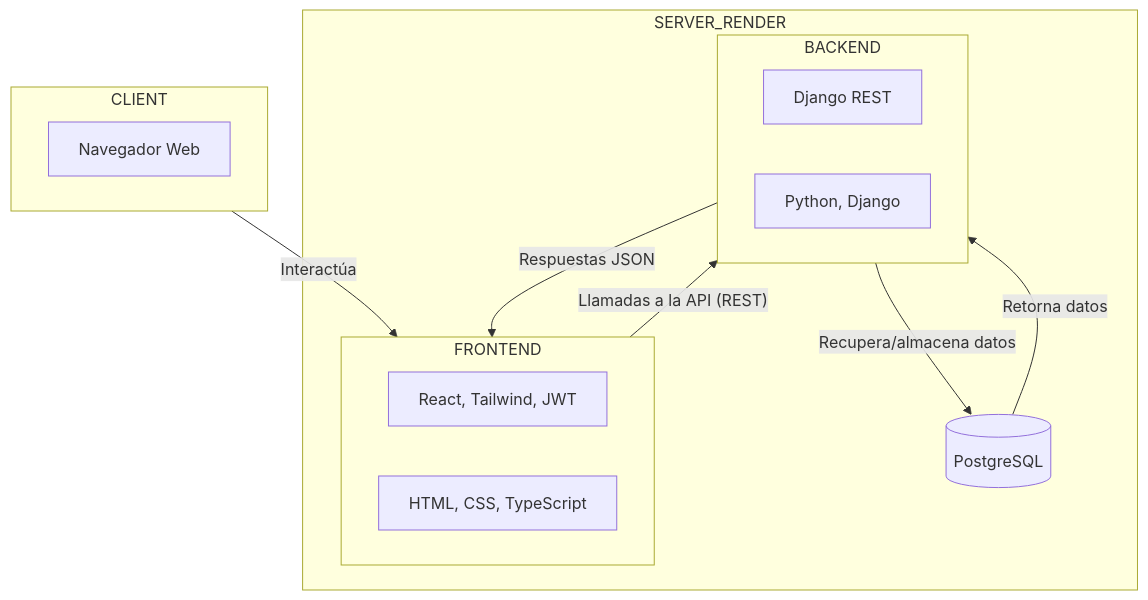
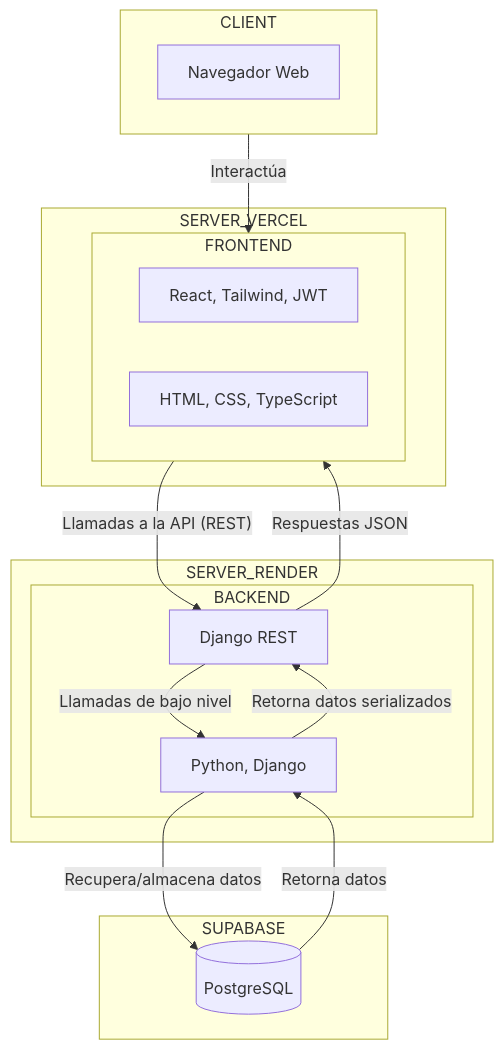
The diagram in docs/diagrams/layer.mmd (jeangiraldoo/colegiocanino), drawn with Mermaid before and after one commit.

Commit message:
docs(diagrams/layer): update frontend and database servers to Vercel and Supabase

```diff
--- a/docs/diagrams/layer.mmd
+++ b/docs/diagrams/layer.mmd
@@ -1,24 +1,30 @@
 flowchart TD
     subgraph CLIENT
         BROWSER[Navegador Web]
     end
 
     subgraph SERVER_RENDER
+		subgraph BACKEND
+			BE_FRAMEWORKS[Django REST]
+			BE_BASE[Python, Django]
+
+		end
+	end
+	subgraph SERVER_VERCEL
 		subgraph FRONTEND
 			FE_FRAMEWORKS[React, Tailwind, JWT]
 			FE_BASE[HTML, CSS, TypeScript]
 		end
+	end
 
-		subgraph BACKEND
-			BE_FRAMEWORKS[Django REST]
-			BE_BASE[Python, Django]
-		end
-
+	subgraph SUPABASE
 		DATABASE[(PostgreSQL)]
 	end
 
     CLIENT -->|"Interactúa"| FRONTEND
-	FRONTEND -->|"Llamadas a la API (REST)"| BACKEND
-    BACKEND -->|"Recupera/almacena datos"| DATABASE
-    DATABASE -->|"Retorna datos"| BACKEND
-    BACKEND -->|"Respuestas JSON"| FRONTEND
+	FRONTEND -->|"Llamadas a la API (REST)"| BE_FRAMEWORKS
+	BE_FRAMEWORKS -->|"Llamadas de bajo nivel"| BE_BASE
+    BE_BASE -->|"Recupera/almacena datos"| DATABASE
+    DATABASE -->|"Retorna datos"| BE_BASE
+	BE_BASE -->|"Retorna datos serializados"| BE_FRAMEWORKS
+    BE_FRAMEWORKS -->|"Respuestas JSON"| FRONTEND
```
